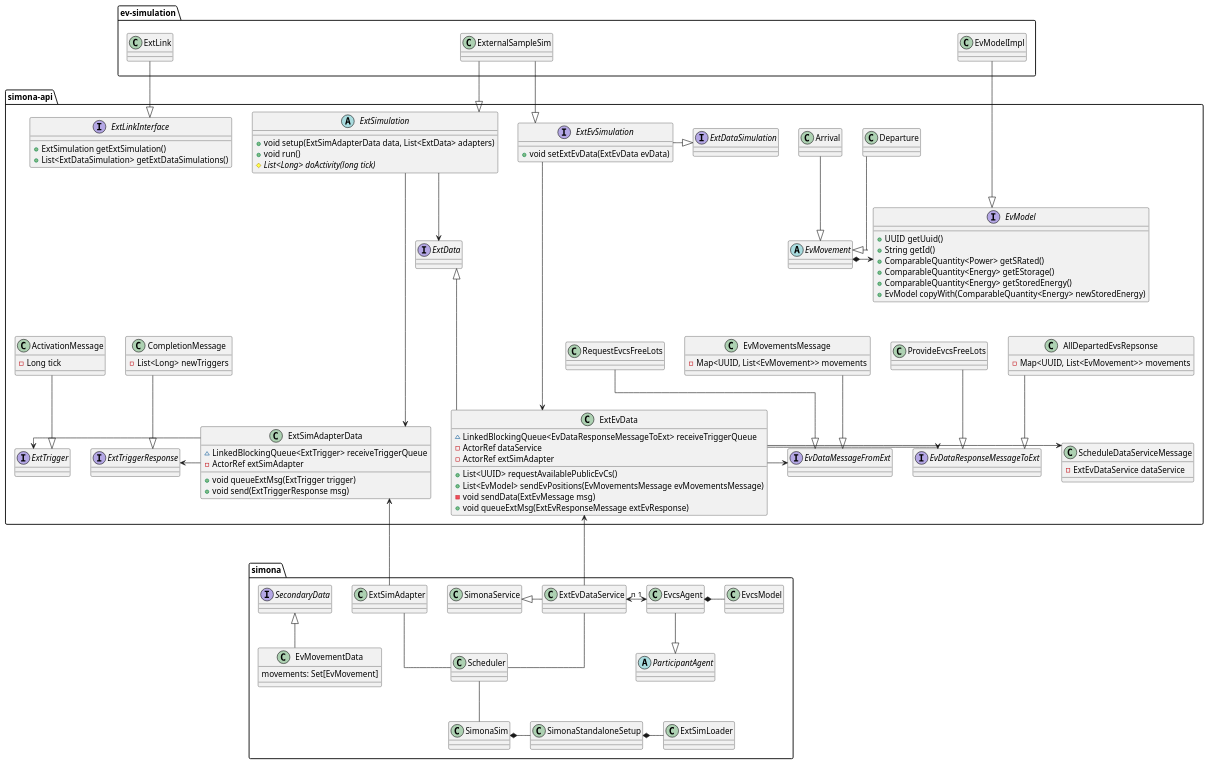
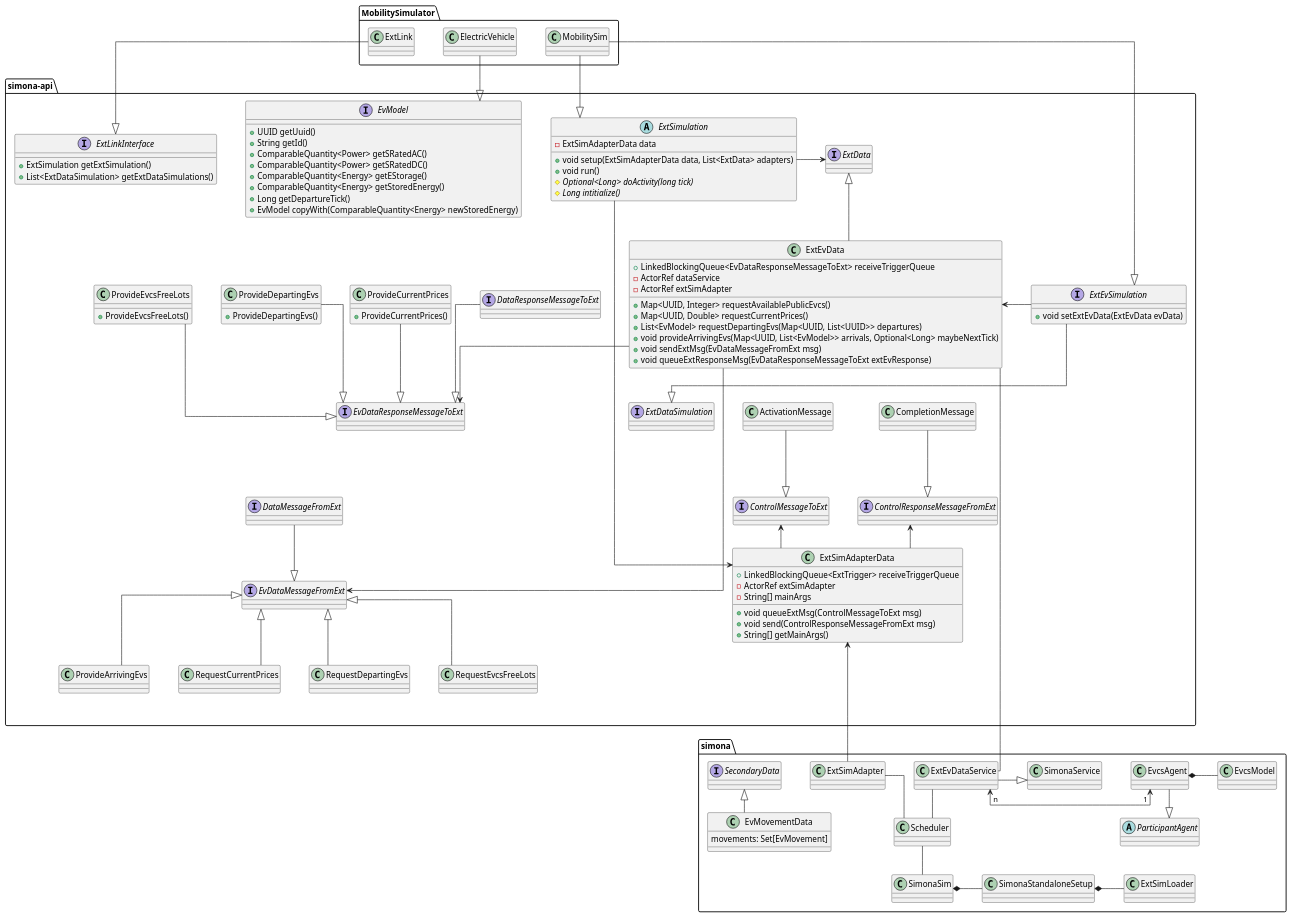
Before and after one commit to ie3-institute/simona: the diagram in docs/uml/main/ExtEvSimulationClasses.puml, drawn with PlantUML. The commit also changed 1 other file, not shown here.

Commit message:
Remade ExtEvSimulationClasses.puml

```diff
--- a/docs/uml/main/ExtEvSimulationClasses.puml
+++ b/docs/uml/main/ExtEvSimulationClasses.puml
@@ -1,223 +1,215 @@
 @startuml
-'https://plantuml.com/class-diagram
+
 skinparam linetype ortho
+skinparam nodesep 50
+skinparam ranksep 40
 
-package ev-simulation {
+skinparam node{
+      borderColor Transparent
+      fontColor Transparent
+    }
+
+package MobilitySimulator {
     class ExtLink
-    class ExternalSampleSim
-    class EvModelImpl
-
-    ' adding hidden elements for layout purposes
-    class placeholderA {
-        w-w-w-w-w-w-w-w-w-w-w-w-w-w-w-w-w-w-w-w-w-w-w-w-w-w-w
+    class MobilitySim
+    class ElectricVehicle
     }
-    hide placeholderA
-
-    class placeholderB {
-        w-w-w-w-w-w-w-w-w-w-w-w-w-w-w-w-w-w-w-w-w-w-w-w-w-w-w-w-w-w-w-w-w-w-w-w-w-w-w-w
-    }
-    hide placeholderB
-
-    ExtLink -[hidden]> placeholderA
-    placeholderA -[hidden]> ExternalSampleSim
-    ExternalSampleSim -[hidden]> placeholderB
-    placeholderB -[hidden]> EvModelImpl
-}
 
 package simona-api {
-    ' MIDDLE PART
-    class ExtEvData {
-        ~ LinkedBlockingQueue<EvDataResponseMessageToExt> receiveTriggerQueue
-        - ActorRef dataService
-        - ActorRef extSimAdapter
-        + List<UUID> requestAvailablePublicEvCs()
-        + List<EvModel> sendEvPositions(EvMovementsMessage evMovementsMessage)
-        - void sendData(ExtEvMessage msg)
-        + void queueExtMsg(ExtEvResponseMessage extEvResponse)
-    }
-
-    class ExtSimAdapterData {
-        ~ LinkedBlockingQueue<ExtTrigger> receiveTriggerQueue
-        - ActorRef extSimAdapter
-        + void queueExtMsg(ExtTrigger trigger)
-        + void send(ExtTriggerResponse msg)
-    }
-
-    interface ExtData
+'top to bottom direction
 
     abstract class ExtSimulation {
+        - ExtSimAdapterData data
         + void setup(ExtSimAdapterData data, List<ExtData> adapters)
         + void run()
-        # {abstract} List<Long> doActivity(long tick)
+        # {abstract} Optional<Long> doActivity(long tick)
+        # {abstract} Long intitialize()
     }
+    ExtSimulation --r> ExtData
+    MobilitySim -|> ExtSimulation
 
-    interface ExtEvSimulation {
-        + void setExtEvData(ExtEvData evData)
-    }
-
-    interface ExtDataSimulation
-
-    ExternalSampleSim --|> ExtSimulation
-    ExternalSampleSim --|> ExtEvSimulation
-
-    ExtSimulation -[hidden]> ExtDataSimulation
-    ExtEvSimulation -|> ExtDataSimulation
-    ExtEvSimulation --> ExtEvData
-
-    ExtSimulation --> ExtData
-    ExtSimulation --> ExtSimAdapterData
-
-    ExtSimAdapterData -[hidden]> ExtEvData
-    ExtData <|-- ExtEvData
-
-    ' placeholder
-    class plchldr1 {
-        w-w-w-w-w
-    }
-    hide plchldr1
-    class placeholder2 {
-        w-w-w-w-w-w-w-w-w-w-w-w-w-w-w
-    }
-    hide placeholder2
-    class placeholder3 {
-        w-w-w-w-w-w-w-w-w-w-w
-    }
-    hide placeholder3
-    class placeholder4 {
-        w-w-w-w-w-w-w-w-w-w-w-w-w-w-w-w-w-w-w-w-w
-    }
-    hide placeholder4
-
-    ExtData -[hidden]> plchldr1
-    plchldr1 -[hidden]> placeholder4
-    placeholder4 -[hidden]> EvMovement
-    ExtSimulation -[hidden]-> placeholder2
-    placeholder2 -[hidden]-> placeholder3
-    placeholder3 -[hidden]-> ExtSimAdapterData
-    placeholder2 -[hidden]> ExtData
-
-
-    ' RIGHT PART
-    abstract class EvMovement
-    class Arrival
-    class Departure
-    Arrival --|> EvMovement
-    Departure --|> EvMovement
-    Arrival -[hidden]> Departure
-
-    interface EvModel {
-        + UUID getUuid()
-        + String getId()
-        + ComparableQuantity<Power> getSRated()
-        + ComparableQuantity<Energy> getEStorage()
-        + ComparableQuantity<Energy> getStoredEnergy()
-        + EvModel copyWith(ComparableQuantity<Energy> newStoredEnergy)
-    }
-
-    ExtDataSimulation -[hidden]> Arrival
-    EvMovement *-> EvModel
-    EvModelImpl --|> EvModel
-
-
-    interface EvDataMessageFromExt
-    class EvMovementsMessage {
-        - Map<UUID, List<EvMovement>> movements
-    }
-    class RequestEvcsFreeLots
-    RequestEvcsFreeLots --|> EvDataMessageFromExt
-    EvMovementsMessage --|> EvDataMessageFromExt
-    RequestEvcsFreeLots -[hidden]> EvMovementsMessage
-
-    interface EvDataResponseMessageToExt
-    class AllDepartedEvsRepsonse {
-        - Map<UUID, List<EvMovement>> movements
-    }
-    class ProvideEvcsFreeLots
-    ProvideEvcsFreeLots --|> EvDataResponseMessageToExt
-    AllDepartedEvsRepsonse --|> EvDataResponseMessageToExt
-    ExtEvData -> EvDataMessageFromExt
-    ExtEvData -> EvDataResponseMessageToExt
-    EvMovement -[hidden]-> RequestEvcsFreeLots
-    EvDataMessageFromExt -[hidden]> EvDataResponseMessageToExt
-    EvMovementsMessage -[hidden]> ProvideEvcsFreeLots
-    ProvideEvcsFreeLots -[hidden]> AllDepartedEvsRepsonse
-
-    class ScheduleDataServiceMessage {
-        - ExtEvDataService dataService
-    }
-    EvDataResponseMessageToExt -[hidden]> ScheduleDataServiceMessage
-    ExtEvData -> ScheduleDataServiceMessage
-
-
-    ' LEFT PART
     interface ExtLinkInterface {
         + ExtSimulation getExtSimulation()
         + List<ExtDataSimulation> getExtDataSimulations()
     }
-    ExtLinkInterface -[hidden]> ExtSimulation
+
     ExtLink --|> ExtLinkInterface
+    'ExtLinkInterface --d> ExtSimulation
 
-    interface ExtTrigger
-    class ActivationMessage {
-        - Long tick
+    interface ExtEvSimulation {
+       + void setExtEvData(ExtEvData evData)
     }
-    ActivationMessage --|> ExtTrigger
 
-    interface ExtTriggerResponse
-    class CompletionMessage {
-        - List<Long> newTriggers
+    MobilitySim --|> ExtEvSimulation
+
+    interface ExtDataSimulation
+
+    ExtEvSimulation --|> ExtDataSimulation
+
+    'ExtLinkInterface -[norank]> ExtDataSimulation
+
+
+    interface EvModel {
+            + UUID getUuid()
+            + String getId()
+            + ComparableQuantity<Power> getSRatedAC()
+            + ComparableQuantity<Power> getSRatedDC()
+            + ComparableQuantity<Energy> getEStorage()
+            + ComparableQuantity<Energy> getStoredEnergy()
+            + Long getDepartureTick()
+            + EvModel copyWith(ComparableQuantity<Energy> newStoredEnergy)
+        }
+
+    ElectricVehicle --|> EvModel
+
+
+    interface ExtData
+
+    class ExtEvData {
+            + LinkedBlockingQueue<EvDataResponseMessageToExt> receiveTriggerQueue
+            - ActorRef dataService
+            - ActorRef extSimAdapter
+            + Map<UUID, Integer> requestAvailablePublicEvcs()
+            + Map<UUID, Double> requestCurrentPrices()
+            + List<EvModel> requestDepartingEvs(Map<UUID, List<UUID>> departures)
+            + void provideArrivingEvs(Map<UUID, List<EvModel>> arrivals, Optional<Long> maybeNextTick)
+            + void sendExtMsg(EvDataMessageFromExt msg)
+            + void queueExtResponseMsg(EvDataResponseMessageToExt extEvResponse)
+        }
+
+    node sub2{
+    interface EvDataMessageFromExt
+
+    interface DataMessageFromExt
+
+    class ProvideArrivingEvs
+
+    class RequestCurrentPrices
+
+    class RequestDepartingEvs
+
+    class RequestEvcsFreeLots
+
+}
+    RequestDepartingEvs --u|> EvDataMessageFromExt
+    RequestEvcsFreeLots --u|> EvDataMessageFromExt
+    ProvideArrivingEvs --u|> EvDataMessageFromExt
+    RequestCurrentPrices --u|> EvDataMessageFromExt
+
+    DataMessageFromExt --d|> EvDataMessageFromExt
+    ExtEvData --r[norank]> EvDataMessageFromExt
+    ExtEvData --u|> ExtData
+    ExtEvSimulation -u> ExtEvData
+
+
+
+
+node sub1{
+    interface DataResponseMessageToExt
+
+    interface EvDataResponseMessageToExt
+
+    class ProvideCurrentPrices{
+        + ProvideCurrentPrices()
     }
-    CompletionMessage --|> ExtTriggerResponse
 
-    ExtTrigger -[hidden]> ExtTriggerResponse
-    ExtTrigger <- ExtSimAdapterData
-    ExtTriggerResponse <- ExtSimAdapterData
+    class ProvideDepartingEvs{
+        + ProvideDepartingEvs()
+    }
+
+    class ProvideEvcsFreeLots{
+         + ProvideEvcsFreeLots()
+    }
+
+     ProvideEvcsFreeLots --|> EvDataResponseMessageToExt
+     ProvideDepartingEvs --|> EvDataResponseMessageToExt
+     ProvideCurrentPrices --|> EvDataResponseMessageToExt
+     ExtEvData --> EvDataResponseMessageToExt
+     DataResponseMessageToExt --|> EvDataResponseMessageToExt
 }
 
-package simona {
-    abstract class ParticipantAgent
 
-    class EvcsModel
+node sub3{
+    class ExtSimAdapterData {
+                + LinkedBlockingQueue<ExtTrigger> receiveTriggerQueue
+                - ActorRef extSimAdapter
+                - String[] mainArgs
+                + void queueExtMsg(ControlMessageToExt msg)
+                + void send(ControlResponseMessageFromExt msg)
+                + String[] getMainArgs()
+            }
 
-    class EvcsAgent
+    interface ControlMessageToExt
 
-    interface SecondaryData
-    class EvMovementData {
-        movements: Set[EvMovement]
+    interface ControlResponseMessageFromExt
+
+    class CompletionMessage
+
+    class ActivationMessage
+
+    ExtSimAdapterData --u> ControlMessageToExt
+    ExtSimAdapterData --u> ControlResponseMessageFromExt
+    CompletionMessage --d|> ControlResponseMessageFromExt
+    ActivationMessage --d|> ControlMessageToExt
+    ExtSimulation -----> ExtSimAdapterData
     }
 
-    class SimonaSim
 
-    class Scheduler
+}
 
-    class SimonaStandaloneSetup
 
-    class ExtSimLoader
 
-    class ExtSimAdapter
+package simona {
+     abstract class ParticipantAgent
 
-    class ExtEvDataService
+     class EvcsModel
 
-    Scheduler -- SimonaSim
-    SimonaSim *- SimonaStandaloneSetup
-    SimonaStandaloneSetup *- ExtSimLoader
+     class EvcsAgent
 
-    ExtSimAdapter -- Scheduler
-    ExtEvDataService -- Scheduler
+     interface SecondaryData
+     class EvMovementData {
+         movements: Set[EvMovement]
+     }
 
-    SecondaryData <|-- EvMovementData
+     class SimonaSim
 
-    SimonaService <|- ExtEvDataService
-    ExtEvData <--- ExtEvDataService
+     class Scheduler
 
-    ExtSimAdapterData <--- ExtSimAdapter
+     class SimonaStandaloneSetup
 
-    ' 1 and n are swapped here due to bug with linetype ortho and labels
-    ExtEvDataService "n" <-> "1" EvcsAgent
-    EvcsAgent --|> ParticipantAgent
-    EvcsAgent *- EvcsModel
+     class ExtSimLoader
+
+     class ExtSimAdapter
+
+     class ExtEvDataService
+
+     Scheduler -- SimonaSim
+     SimonaSim *- SimonaStandaloneSetup
+     SimonaStandaloneSetup *- ExtSimLoader
+
+     ExtSimAdapter - Scheduler
+     ExtEvDataService -- Scheduler
+
+     SecondaryData <|-- EvMovementData
+
+     SimonaService <|- ExtEvDataService
+     ExtEvData --- ExtEvDataService
+
+     ExtSimAdapterData <--- ExtSimAdapter
+
+     ExtEvDataService "n" <-> "1" EvcsAgent
+     EvcsAgent --|> ParticipantAgent
+     EvcsAgent *- EvcsModel
+
+     }
+
+   'Order of classes/interfaces established through hidden connections:
 
     ExtSimAdapter -[hidden]> SimonaService
-}
+    sub1 ---[hidden]d> sub2
+    ExtLink -[hidden]> ElectricVehicle
+    ExtSimulation -[hidden]> ExtEvSimulation
+    ExtSimulation -[hidden]> DataResponseMessageToExt
+    RequestDepartingEvs --[hidden]> SecondaryData
 
 @enduml
```
